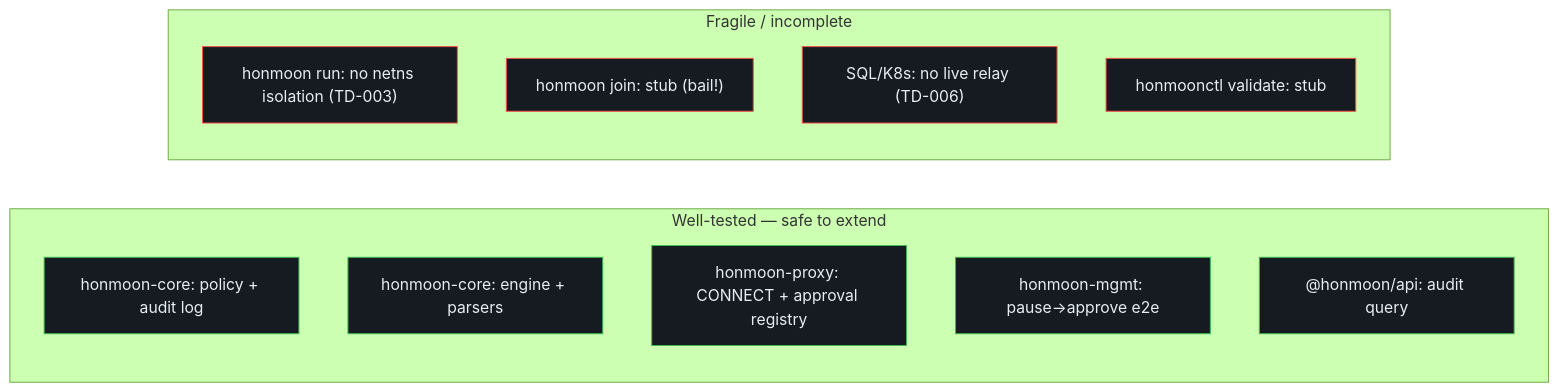
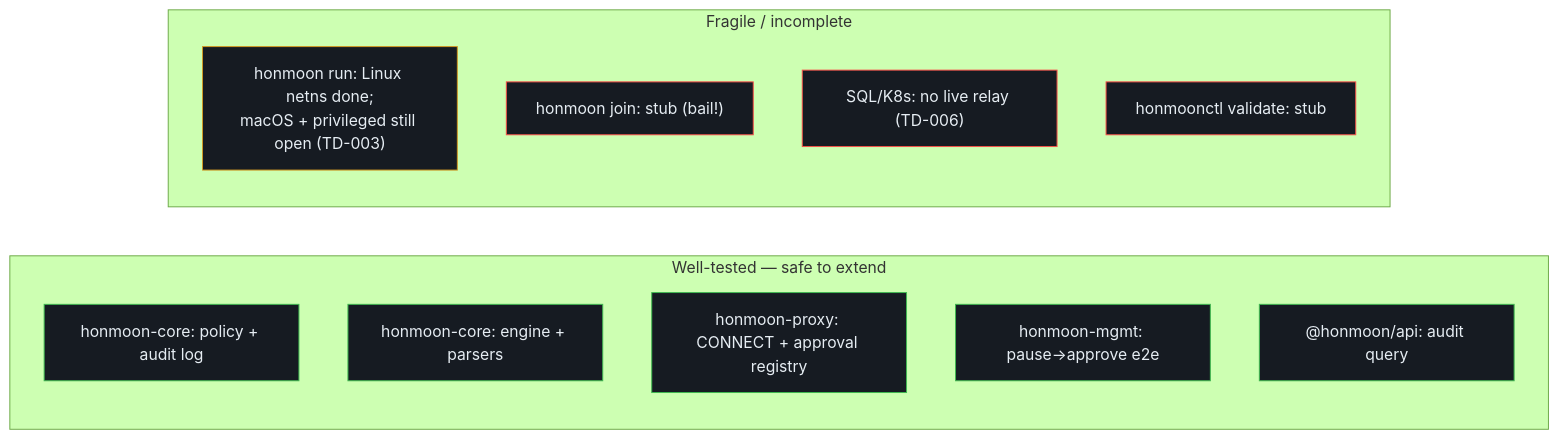
One commit to pleaseai/honmoon changed the fourth of 4 diagrams in wiki/deep-dive/architecture.md. Above: the diagram before and after it, drawn with Mermaid (forest theme). The commit also changed 9 other files, not shown here.

````diff
--- a/wiki/deep-dive/architecture.md
+++ b/wiki/deep-dive/architecture.md
@@ -200,25 +200,25 @@
 ```mermaid
 flowchart LR
   subgraph solid["Well-tested — safe to extend"]
     s1["honmoon-core: policy + audit log"]
     s2["honmoon-core: engine + parsers"]
     s3["honmoon-proxy: CONNECT + approval registry"]
     s4["honmoon-mgmt: pause→approve e2e"]
     s5["@honmoon/api: audit query"]
   end
   subgraph weak["Fragile / incomplete"]
-    w1["honmoon run: no netns isolation (TD-003)"]
+    w1["honmoon run: Linux netns done;<br>macOS + privileged still open (TD-003)"]
     w2["honmoon join: stub (bail!)"]
     w3["SQL/K8s: no live relay (TD-006)"]
     w4["honmoonctl validate: stub"]
   end
   style s1 fill:#161b22,stroke:#3fb950,color:#e6edf3
   style s2 fill:#161b22,stroke:#3fb950,color:#e6edf3
   style s3 fill:#161b22,stroke:#3fb950,color:#e6edf3
   style s4 fill:#161b22,stroke:#3fb950,color:#e6edf3
   style s5 fill:#161b22,stroke:#3fb950,color:#e6edf3
-  style w1 fill:#161b22,stroke:#f85149,color:#e6edf3
+  style w1 fill:#161b22,stroke:#d29922,color:#e6edf3
   style w2 fill:#161b22,stroke:#f85149,color:#e6edf3
   style w3 fill:#161b22,stroke:#f85149,color:#e6edf3
   style w4 fill:#161b22,stroke:#f85149,color:#e6edf3
 ```
````
